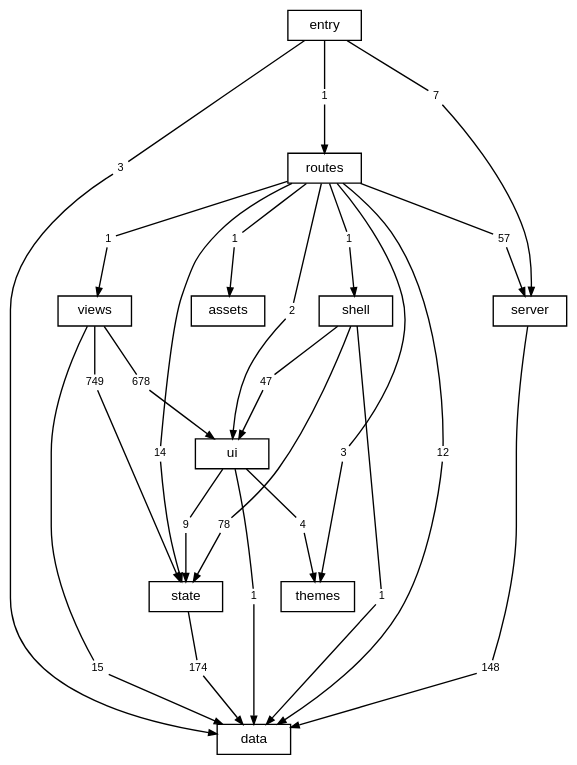
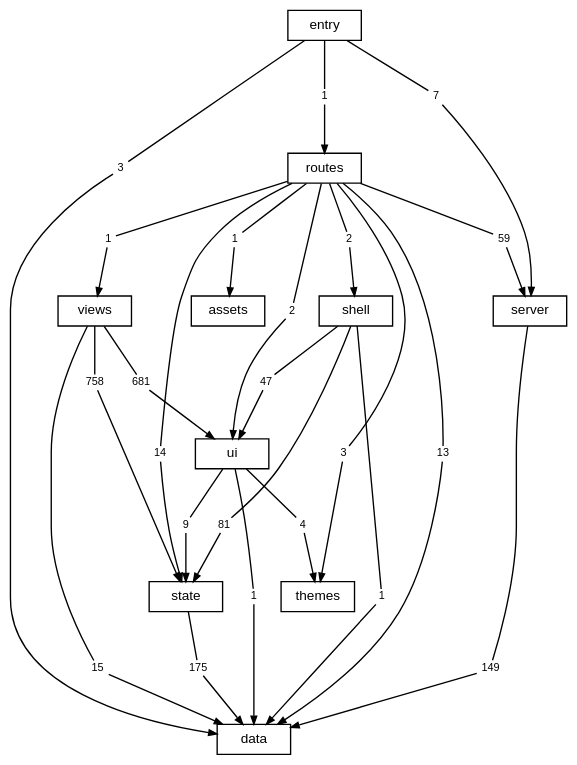
The diagram in docs/diagrams/layers.dot (TheAxeC/oculus), drawn with Graphviz before and after one commit. The commit also changed 182 other files, not shown here.

```diff
--- a/docs/diagrams/layers.dot
+++ b/docs/diagrams/layers.dot
@@ -1,81 +1,81 @@
 digraph layers {
     graph [bgcolor="transparent", rankdir=TB, newrank=true, fontname="Helvetica,Arial,sans-serif", fontsize=12, nodesep=0.2, ranksep=0.5];
     node [shape=box, color="black", fontcolor="black", fontname="Helvetica,Arial,sans-serif", fontsize=10, height=0.3, margin="0.12,0.04"];
     edge [color="black", fontcolor="black", fontname="Helvetica,Arial,sans-serif", fontsize=8, arrowsize=0.6];
     "data";
     "server";
     "state";
     "ui";
     "shell";
     "views";
     "themes";
     "routes";
     "src" [label="entry"];
     "files: assets" [label="assets"];
-    "routes to data" [label="12", shape=box, color="transparent", fontsize=8, width=0, height=0, margin="0.04,0.02"];
+    "routes to data" [label="13", shape=box, color="transparent", fontsize=8, width=0, height=0, margin="0.04,0.02"];
     "routes" -> "routes to data" [arrowhead=none];
     "routes to data" -> "data" [];
     "routes to files: assets" [label="1", shape=box, color="transparent", fontsize=8, width=0, height=0, margin="0.04,0.02"];
     "routes" -> "routes to files: assets" [arrowhead=none];
     "routes to files: assets" -> "files: assets" [];
-    "routes to server" [label="57", shape=box, color="transparent", fontsize=8, width=0, height=0, margin="0.04,0.02"];
+    "routes to server" [label="59", shape=box, color="transparent", fontsize=8, width=0, height=0, margin="0.04,0.02"];
     "routes" -> "routes to server" [arrowhead=none];
     "routes to server" -> "server" [];
-    "routes to shell" [label="1", shape=box, color="transparent", fontsize=8, width=0, height=0, margin="0.04,0.02"];
+    "routes to shell" [label="2", shape=box, color="transparent", fontsize=8, width=0, height=0, margin="0.04,0.02"];
     "routes" -> "routes to shell" [arrowhead=none];
     "routes to shell" -> "shell" [];
     "routes to state" [label="14", shape=box, color="transparent", fontsize=8, width=0, height=0, margin="0.04,0.02"];
     "routes" -> "routes to state" [arrowhead=none];
     "routes to state" -> "state" [];
     "routes to themes" [label="3", shape=box, color="transparent", fontsize=8, width=0, height=0, margin="0.04,0.02"];
     "routes" -> "routes to themes" [arrowhead=none];
     "routes to themes" -> "themes" [];
     "routes to ui" [label="2", shape=box, color="transparent", fontsize=8, width=0, height=0, margin="0.04,0.02"];
     "routes" -> "routes to ui" [arrowhead=none];
     "routes to ui" -> "ui" [];
     "routes to views" [label="1", shape=box, color="transparent", fontsize=8, width=0, height=0, margin="0.04,0.02"];
     "routes" -> "routes to views" [arrowhead=none];
     "routes to views" -> "views" [];
-    "server to data" [label="148", shape=box, color="transparent", fontsize=8, width=0, height=0, margin="0.04,0.02"];
+    "server to data" [label="149", shape=box, color="transparent", fontsize=8, width=0, height=0, margin="0.04,0.02"];
     "server" -> "server to data" [arrowhead=none];
     "server to data" -> "data" [];
     "shell to data" [label="1", shape=box, color="transparent", fontsize=8, width=0, height=0, margin="0.04,0.02"];
     "shell" -> "shell to data" [arrowhead=none];
     "shell to data" -> "data" [];
-    "shell to state" [label="78", shape=box, color="transparent", fontsize=8, width=0, height=0, margin="0.04,0.02"];
+    "shell to state" [label="81", shape=box, color="transparent", fontsize=8, width=0, height=0, margin="0.04,0.02"];
     "shell" -> "shell to state" [arrowhead=none];
     "shell to state" -> "state" [];
     "shell to ui" [label="47", shape=box, color="transparent", fontsize=8, width=0, height=0, margin="0.04,0.02"];
     "shell" -> "shell to ui" [arrowhead=none];
     "shell to ui" -> "ui" [];
     "src to data" [label="3", shape=box, color="transparent", fontsize=8, width=0, height=0, margin="0.04,0.02"];
     "src" -> "src to data" [arrowhead=none];
     "src to data" -> "data" [];
     "src to routes" [label="1", shape=box, color="transparent", fontsize=8, width=0, height=0, margin="0.04,0.02"];
     "src" -> "src to routes" [arrowhead=none];
     "src to routes" -> "routes" [];
     "src to server" [label="7", shape=box, color="transparent", fontsize=8, width=0, height=0, margin="0.04,0.02"];
     "src" -> "src to server" [arrowhead=none];
     "src to server" -> "server" [];
-    "state to data" [label="174", shape=box, color="transparent", fontsize=8, width=0, height=0, margin="0.04,0.02"];
+    "state to data" [label="175", shape=box, color="transparent", fontsize=8, width=0, height=0, margin="0.04,0.02"];
     "state" -> "state to data" [arrowhead=none];
     "state to data" -> "data" [];
     "ui to data" [label="1", shape=box, color="transparent", fontsize=8, width=0, height=0, margin="0.04,0.02"];
     "ui" -> "ui to data" [arrowhead=none];
     "ui to data" -> "data" [];
     "ui to state" [label="9", shape=box, color="transparent", fontsize=8, width=0, height=0, margin="0.04,0.02"];
     "ui" -> "ui to state" [arrowhead=none];
     "ui to state" -> "state" [];
     "ui to themes" [label="4", shape=box, color="transparent", fontsize=8, width=0, height=0, margin="0.04,0.02"];
     "ui" -> "ui to themes" [arrowhead=none];
     "ui to themes" -> "themes" [];
     "views to data" [label="15", shape=box, color="transparent", fontsize=8, width=0, height=0, margin="0.04,0.02"];
     "views" -> "views to data" [arrowhead=none];
     "views to data" -> "data" [];
-    "views to state" [label="749", shape=box, color="transparent", fontsize=8, width=0, height=0, margin="0.04,0.02"];
+    "views to state" [label="758", shape=box, color="transparent", fontsize=8, width=0, height=0, margin="0.04,0.02"];
     "views" -> "views to state" [arrowhead=none];
     "views to state" -> "state" [];
-    "views to ui" [label="678", shape=box, color="transparent", fontsize=8, width=0, height=0, margin="0.04,0.02"];
+    "views to ui" [label="681", shape=box, color="transparent", fontsize=8, width=0, height=0, margin="0.04,0.02"];
     "views" -> "views to ui" [arrowhead=none];
     "views to ui" -> "ui" [];
 }
```
